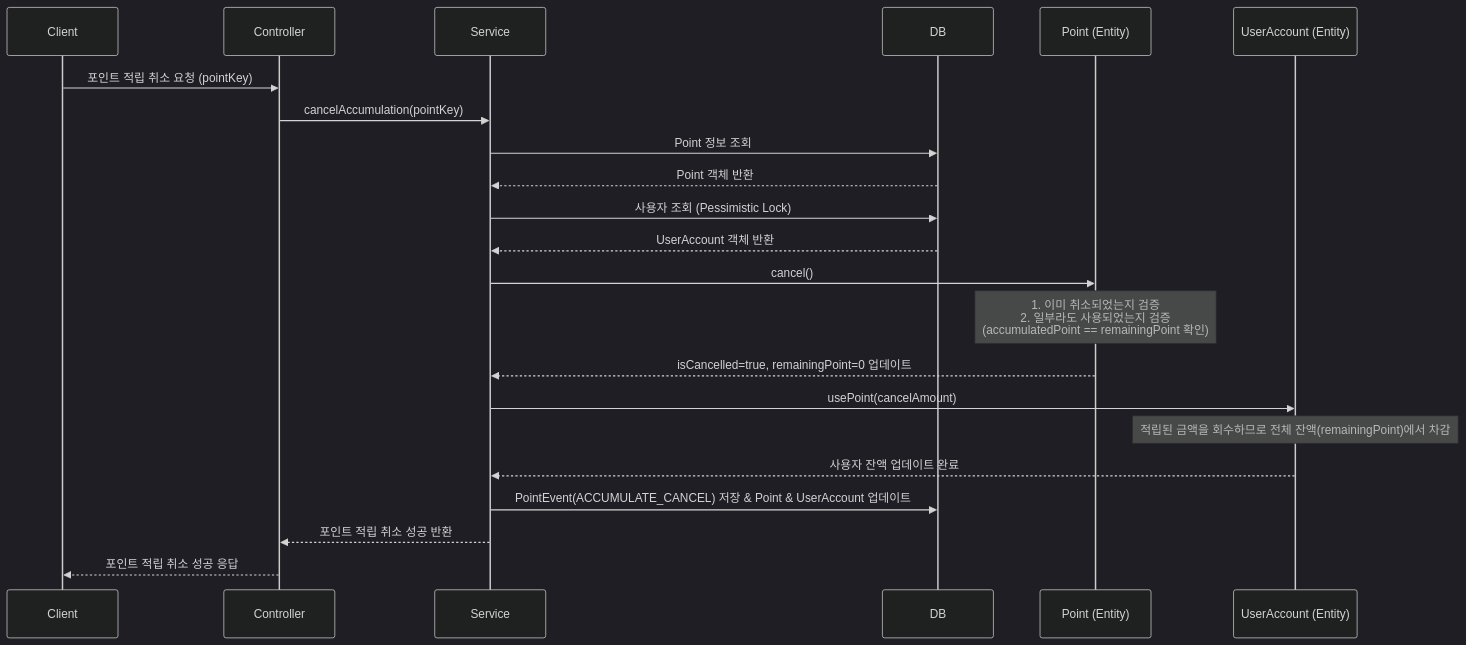
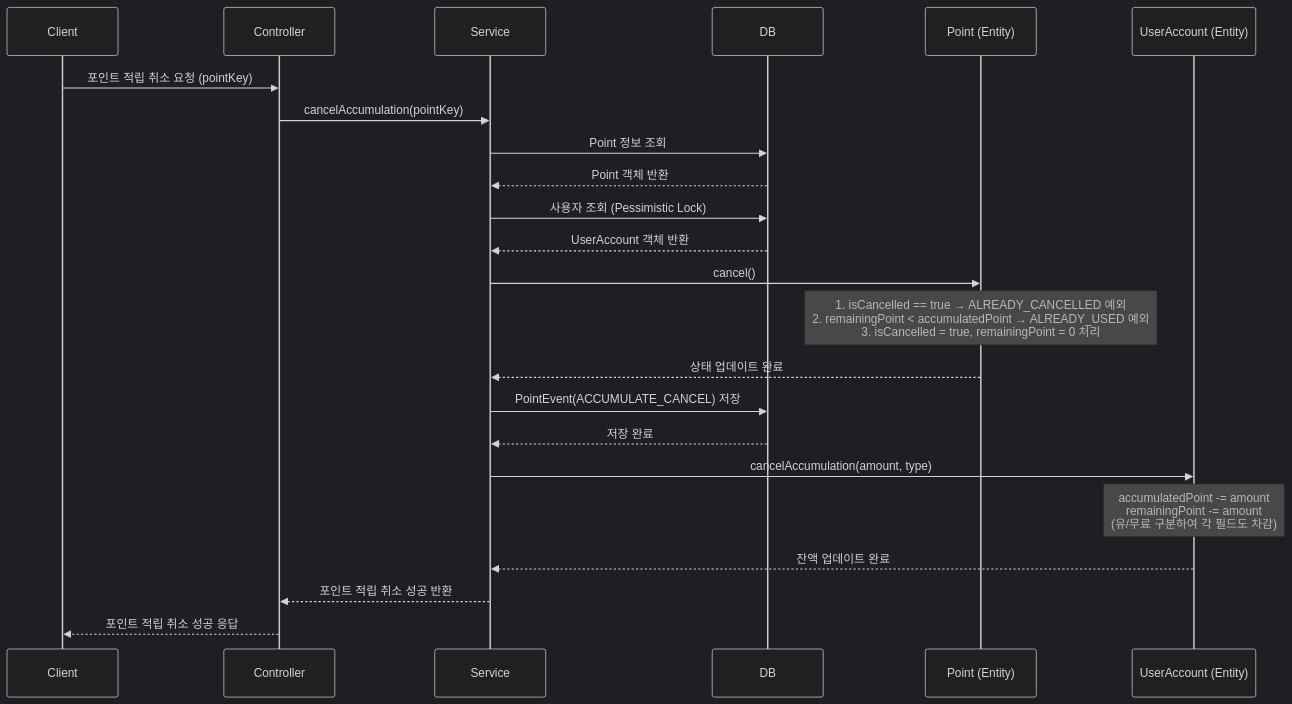
One commit to muzzaiwork/point changed the third of 5 diagrams in README.md. Above: the diagram before and after it, drawn with Mermaid (dark theme). The commit also changed 3 other files, not shown here.

````diff
--- a/README.md
+++ b/README.md
@@ -253,29 +253,31 @@
 ```mermaid
 sequenceDiagram
     participant Client
     participant Controller
     participant Service
     participant DB
     participant PointEntity as Point (Entity)
     participant UserAccountEntity as UserAccount (Entity)
 
     Client->>Controller: 포인트 적립 취소 요청 (pointKey)
     Controller->>Service: cancelAccumulation(pointKey)
     Service->>DB: Point 정보 조회
     DB-->>Service: Point 객체 반환
     
     Service->>DB: 사용자 조회 (Pessimistic Lock)
     DB-->>Service: UserAccount 객체 반환
     
     Service->>PointEntity: cancel()
-    Note over PointEntity: 1. 이미 취소되었는지 검증<br/>2. 일부라도 사용되었는지 검증<br/>(accumulatedPoint == remainingPoint 확인)
-    PointEntity-->>Service: isCancelled=true, remainingPoint=0 업데이트
-    
-    Service->>UserAccountEntity: usePoint(cancelAmount)
-    Note over UserAccountEntity: 적립된 금액을 회수하므로 전체 잔액(remainingPoint)에서 차감
-    UserAccountEntity-->>Service: 사용자 잔액 업데이트 완료
-    
-    Service->>DB: PointEvent(ACCUMULATE_CANCEL) 저장 & Point & UserAccount 업데이트
+    Note over PointEntity: 1. isCancelled == true → ALREADY_CANCELLED 예외<br/>2. remainingPoint < accumulatedPoint → ALREADY_USED 예외<br/>3. isCancelled = true, remainingPoint = 0 처리
+    PointEntity-->>Service: 상태 업데이트 완료
+
+    Service->>DB: PointEvent(ACCUMULATE_CANCEL) 저장
+    DB-->>Service: 저장 완료
+
+    Service->>UserAccountEntity: cancelAccumulation(amount, type)
+    Note over UserAccountEntity: accumulatedPoint -= amount<br/>remainingPoint -= amount<br/>(유/무료 구분하여 각 필드도 차감)
+    UserAccountEntity-->>Service: 잔액 업데이트 완료
+
     Service-->>Controller: 포인트 적립 취소 성공 반환
     Controller-->>Client: 포인트 적립 취소 성공 응답
 ```
````
